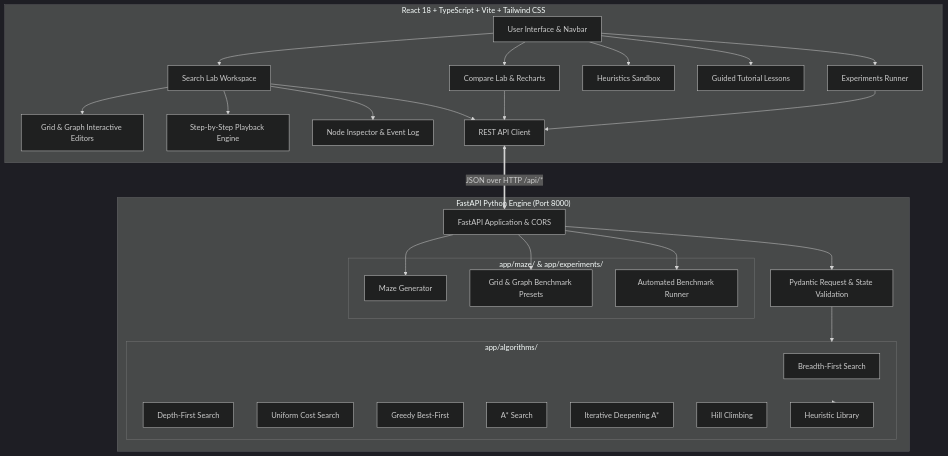
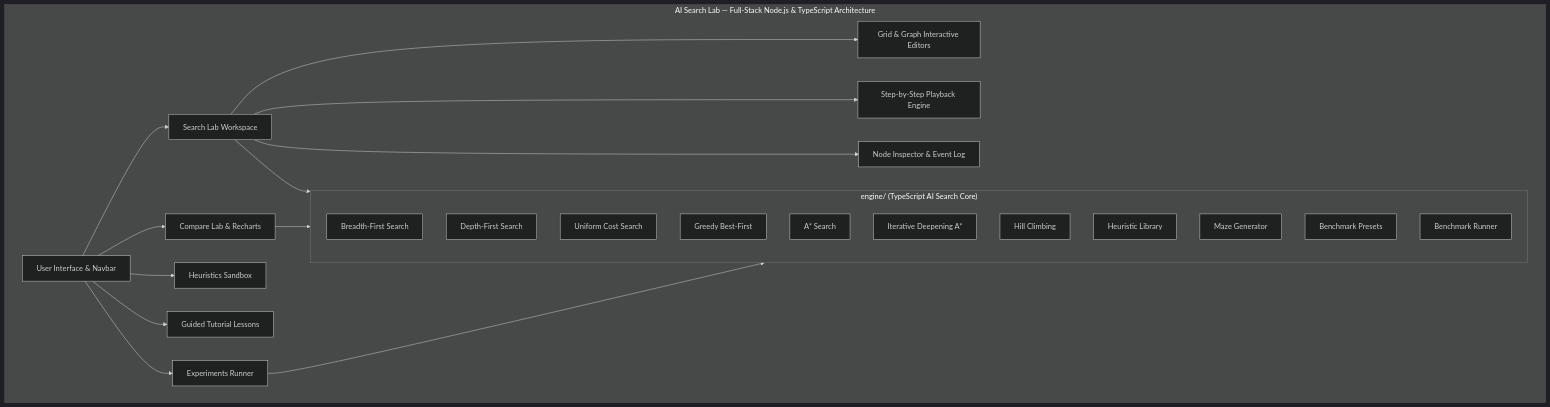
Before and after one commit to rithvicreddyc-ship-it/ai-search-lab: the first of 2 diagrams in README.md, drawn with Mermaid (dark theme). The commit also changed other lines of this file and 31 other files, not shown here.

Commit message:
chore: remove unwanted Python backend, tests, and dependencies in favor of pure Node.js/TypeScript architecture

````diff
--- a/README.md
+++ b/README.md
@@ -48,58 +48,40 @@
 ```mermaid
 graph TD
-    subgraph Frontend ["React 18 + TypeScript + Vite + Tailwind CSS"]
+    subgraph App ["AI Search Lab — Full-Stack Node.js & TypeScript Architecture"]
         UI[User Interface & Navbar]
         SL[Search Lab Workspace]
         GE[Grid & Graph Interactive Editors]
         PB[Step-by-Step Playback Engine]
         NI[Node Inspector & Event Log]
         CL[Compare Lab & Recharts]
         HL[Heuristics Sandbox]
         GT[Guided Tutorial Lessons]
         EL[Experiments Runner]
-        API_Client[REST API Client]
         
+        subgraph Engine ["engine/ (TypeScript AI Search Core)"]
+            BFS[Breadth-First Search]
+            DFS[Depth-First Search]
+            UCS[Uniform Cost Search]
+            Greedy[Greedy Best-First]
+            AStar[A* Search]
+            IDAStar[Iterative Deepening A*]
+            HC[Hill Climbing]
+            Heuristics[Heuristic Library]
+            Gen[Maze Generator]
+            Presets[Benchmark Presets]
+            Runner[Benchmark Runner]
+        end
+
         UI --> SL
         UI --> CL
         UI --> HL
         UI --> GT
         UI --> EL
         SL --> GE
         SL --> PB
         SL --> NI
-        SL --> API_Client
-        CL --> API_Client
-        EL --> API_Client
+        SL --> Engine
+        CL --> Engine
+        EL --> Engine
     end
-
-    subgraph Backend ["FastAPI Python Engine (Port 8000)"]
-        Router[FastAPI Application & CORS]
-        Validation[Pydantic Request & State Validation]
-        
-        subgraph Algorithms ["app/algorithms/"]
-            BFS[Breadth-First Search]
-            DFS[Depth-First Search]
-            UCS[Uniform Cost Search]
-            Greedy[Greedy Best-First]
-            AStar[A* Search]
-            IDAStar[Iterative Deepening A*]
-            HC[Hill Climbing]
-            Heuristics[Heuristic Library]
-        end
-
-        subgraph MazePresets ["app/maze/ & app/experiments/"]
-            Gen[Maze Generator]
-            Presets[Grid & Graph Benchmark Presets]
-            Runner[Automated Benchmark Runner]
-        end
-
-        Router --> Validation
-        Validation --> Algorithms
-        Algorithms --> Heuristics
-        Router --> Gen
-        Router --> Presets
-        Router --> Runner
-    end
-
-    API_Client <==>|JSON over HTTP /api/*| Router
 ```
````
